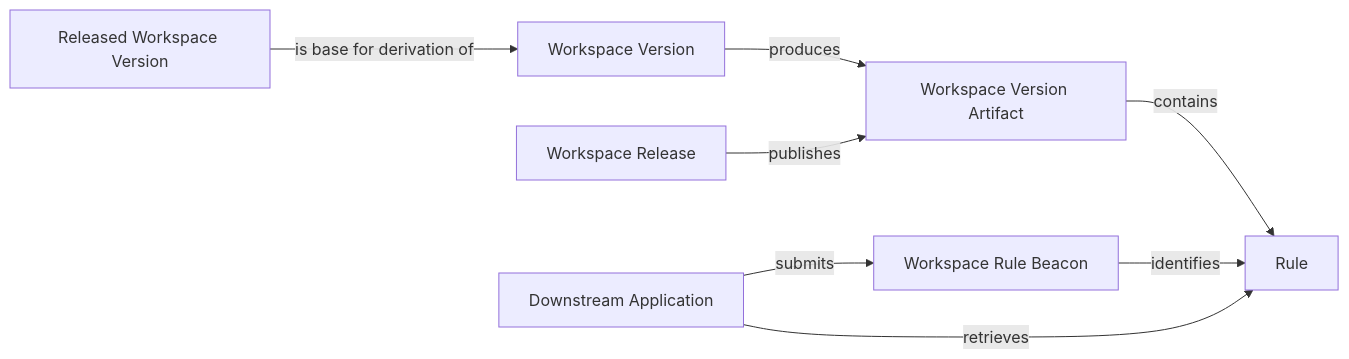
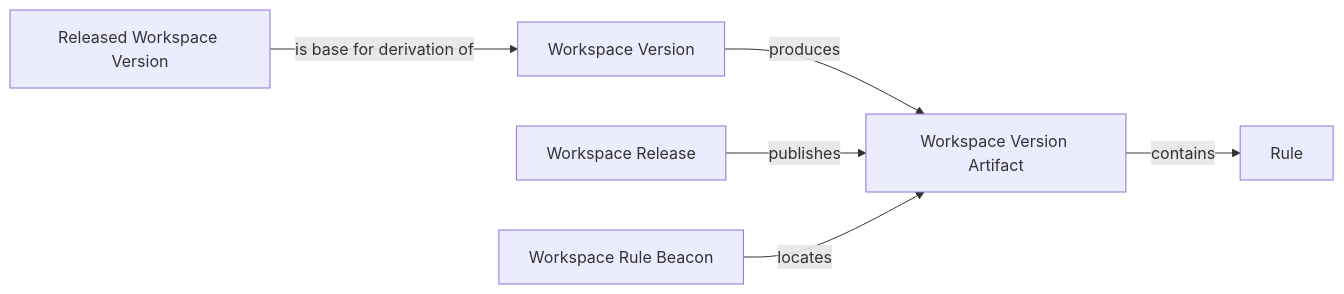
The third of 3 diagrams in specs/copernicus/relationships.md (huang-xiao-jian/themis), drawn with Mermaid before and after one commit. The commit also changed other lines of this file and 1 other file, not shown here.

````diff
--- a/specs/copernicus/relationships.md
+++ b/specs/copernicus/relationships.md
@@ -189,18 +178,15 @@
 ```mermaid
 flowchart LR
     base[Released Workspace Version]
     version[Workspace Version]
     artifact[Workspace Version Artifact]
     release[Workspace Release]
     rule[Rule]
     beacon[Workspace Rule Beacon]
-    app[Downstream Application]
 
     base -->|is base for derivation of| version
     version -->|produces| artifact
     release -->|publishes| artifact
     artifact -->|contains| rule
-    beacon -->|identifies| rule
-    app -->|submits| beacon
-    app -->|retrieves| rule
+    beacon -->|locates| artifact
 ```
````
